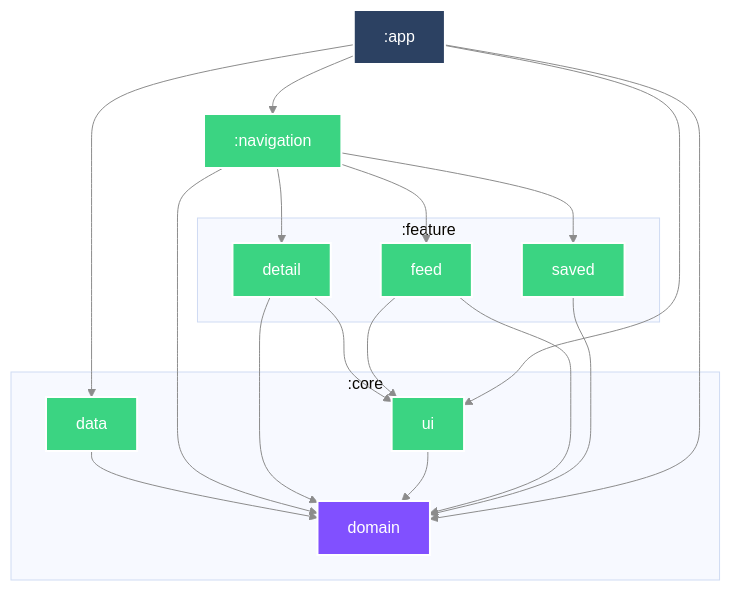
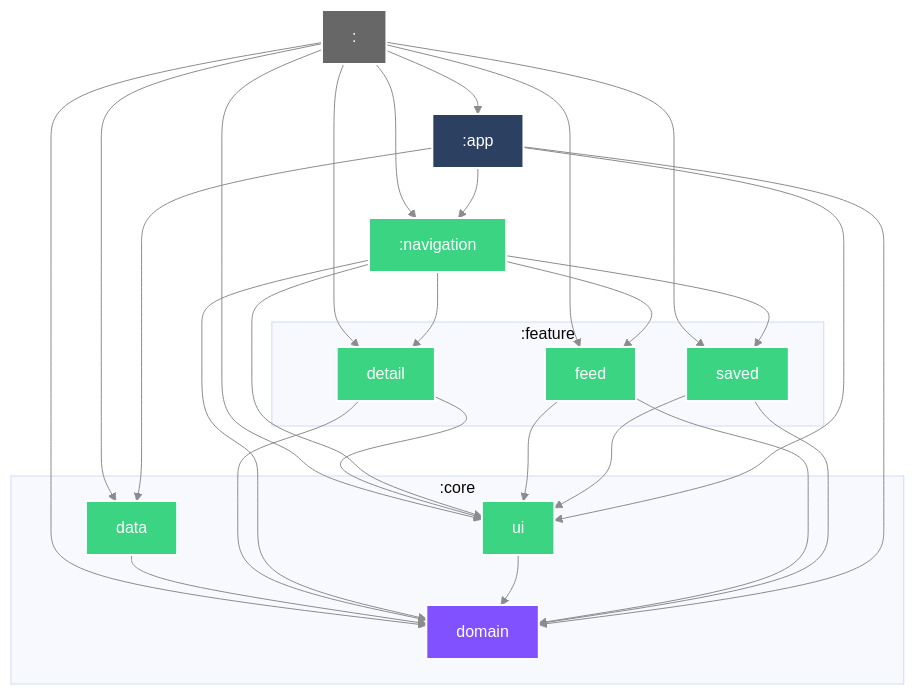
The first of 2 diagrams in README.md (Mett-Barr/Mosaic), drawn with Mermaid before and after one commit. The commit also changed 7 other files, not shown here.

````diff
--- a/README.md
+++ b/README.md
@@ -40,48 +40,60 @@
 ```mermaid
 %%{
   init: {
     'theme': 'base',
     'themeVariables': {"lineColor":"#8C8C8C"}
   }
 }%%
 
 graph TB
   subgraph :core
+    :core:domain["domain"]
     :core:data["data"]
-    :core:domain["domain"]
     :core:ui["ui"]
   end
   subgraph :feature
     :feature:feed["feed"]
     :feature:detail["detail"]
     :feature:saved["saved"]
   end
+  : --> :core:domain
+  : --> :core:data
+  : --> :core:ui
+  : --> :feature:feed
+  : --> :feature:detail
+  : --> :feature:saved
+  : --> :navigation
+  : --> :app
   :core:data --> :core:domain
+  :feature:detail --> :core:domain
+  :feature:detail --> :core:ui
   :navigation --> :feature:feed
   :navigation --> :feature:detail
   :navigation --> :feature:saved
   :navigation --> :core:domain
-  :feature:detail --> :core:domain
-  :feature:detail --> :core:ui
+  :navigation --> :core:ui
   :core:ui --> :core:domain
   :feature:feed --> :core:domain
   :feature:feed --> :core:ui
   :feature:saved --> :core:domain
+  :feature:saved --> :core:ui
   :app --> :core:data
   :app --> :core:domain
   :app --> :core:ui
   :app --> :navigation
 
+classDef unknown fill:#676767,stroke:#fff,stroke-width:2px,color:#fff;
+classDef kotlin-jvm fill:#8150FF,stroke:#fff,stroke-width:2px,color:#fff;
 classDef android-library fill:#3BD482,stroke:#fff,stroke-width:2px,color:#fff;
-classDef kotlin-jvm fill:#8150FF,stroke:#fff,stroke-width:2px,color:#fff;
 classDef android-application fill:#2C4162,stroke:#fff,stroke-width:2px,color:#fff;
+class : unknown
+class :core:domain kotlin-jvm
 class :core:data android-library
-class :core:domain kotlin-jvm
-class :navigation android-library
+class :core:ui android-library
 class :feature:feed android-library
 class :feature:detail android-library
 class :feature:saved android-library
-class :core:ui android-library
+class :navigation android-library
 class :app android-application
 
 ```
````
